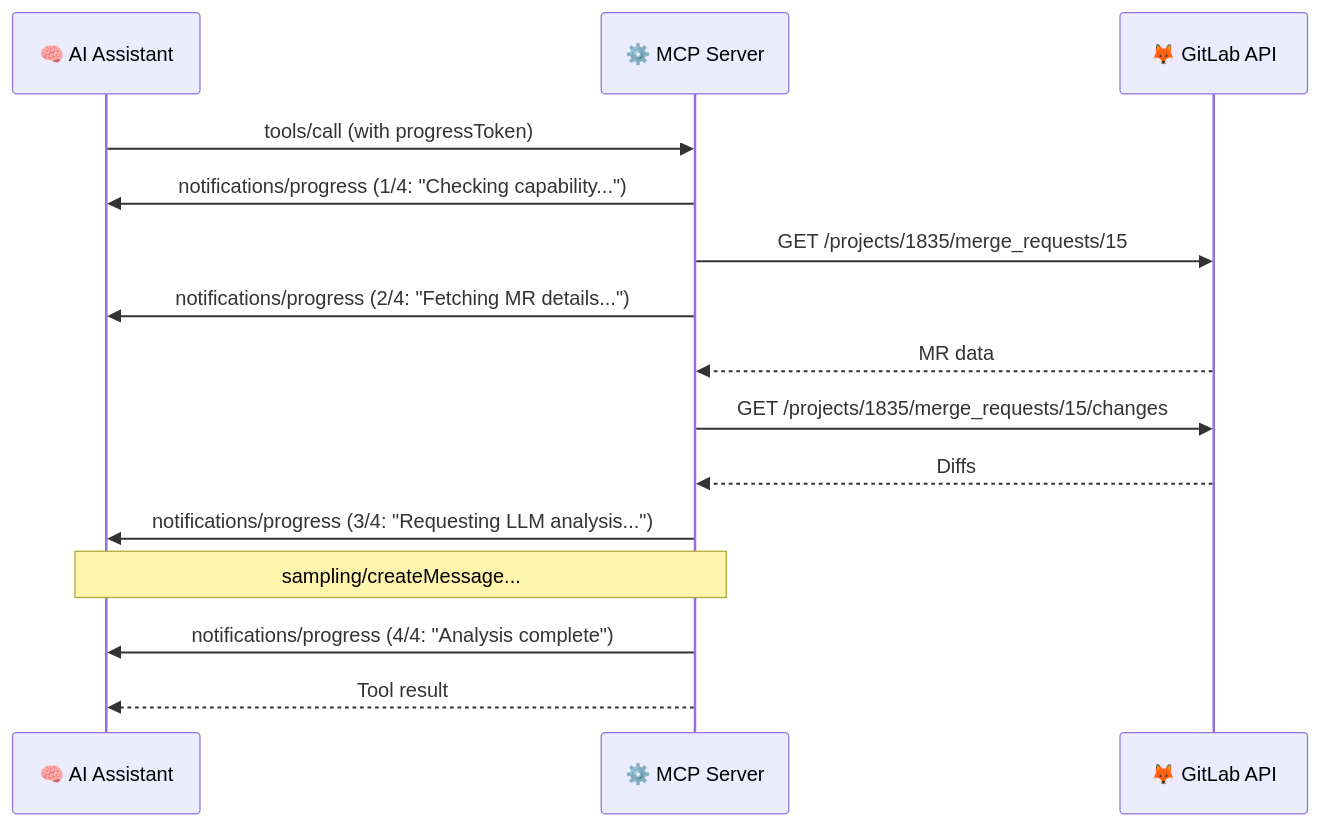
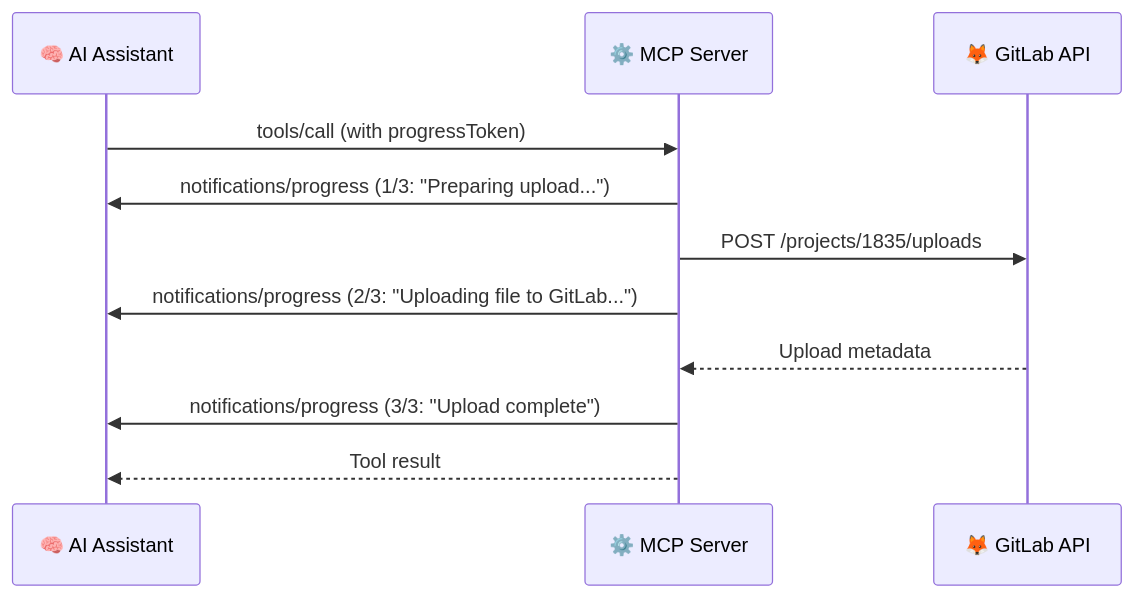
Before and after one commit to jmrplens/gitlab-mcp-server: the diagram in docs/capabilities/progress.md, drawn with Mermaid. The commit also changed other lines of this file and 198 other files, not shown here.

````diff
--- a/docs/capabilities/progress.md
+++ b/docs/capabilities/progress.md
@@ -46,18 +45,14 @@
 ```mermaid
 sequenceDiagram
     participant AI as 🧠 AI Assistant
     participant S as ⚙️ MCP Server
     participant GL as 🦊 GitLab API
 
     AI->>S: tools/call (with progressToken)
-    S->>AI: notifications/progress (1/4: "Checking capability...")
-    S->>GL: GET /projects/1835/merge_requests/15
-    S->>AI: notifications/progress (2/4: "Fetching MR details...")
-    GL-->>S: MR data
-    S->>GL: GET /projects/1835/merge_requests/15/changes
-    GL-->>S: Diffs
-    S->>AI: notifications/progress (3/4: "Requesting LLM analysis...")
-    Note over S,AI: sampling/createMessage...
-    S->>AI: notifications/progress (4/4: "Analysis complete")
+    S->>AI: notifications/progress (1/3: "Preparing upload...")
+    S->>GL: POST /projects/1835/uploads
+    S->>AI: notifications/progress (2/3: "Uploading file to GitLab...")
+    GL-->>S: Upload metadata
+    S->>AI: notifications/progress (3/3: "Upload complete")
     S-->>AI: Tool result
 ```
````
